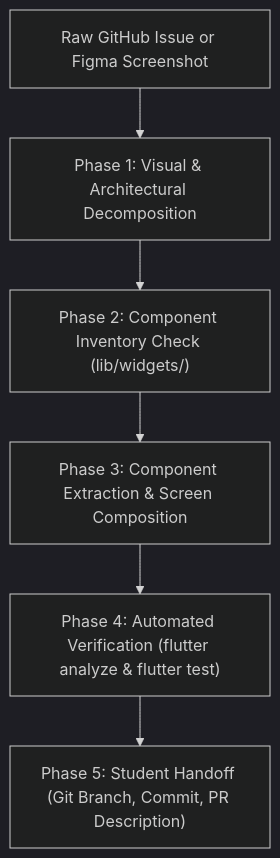
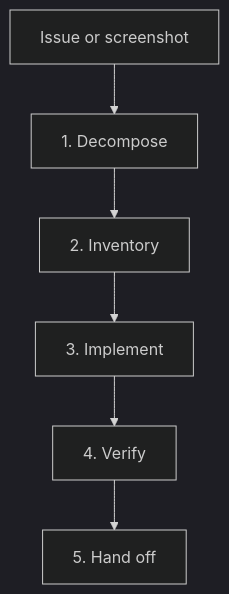
One commit to Campus-Motion/mobile-app-flutter changed the diagram in AGENTS.md. Above: the diagram before and after it, drawn with Mermaid (dark theme). The commit also changed other lines of this file and 45 other files, not shown here.

````diff
--- a/AGENTS.md
+++ b/AGENTS.md
@@ -13,8 +63,8 @@
 ```mermaid
 flowchart TD
-    A["Raw GitHub Issue or Figma Screenshot"] --> B["Phase 1: Visual & Architectural Decomposition"]
-    B --> C["Phase 2: Component Inventory Check (lib/widgets/)"]
-    C --> D["Phase 3: Component Extraction & Screen Composition"]
-    D --> E["Phase 4: Automated Verification (flutter analyze & flutter test)"]
-    E --> F["Phase 5: Student Handoff (Git Branch, Commit, PR Description)"]
+  A["Issue or screenshot"] --> B["1. Decompose"]
+  B --> C["2. Inventory"]
+  C --> D["3. Implement"]
+  D --> E["4. Verify"]
+  E --> F["5. Hand off"]
 ```
````
